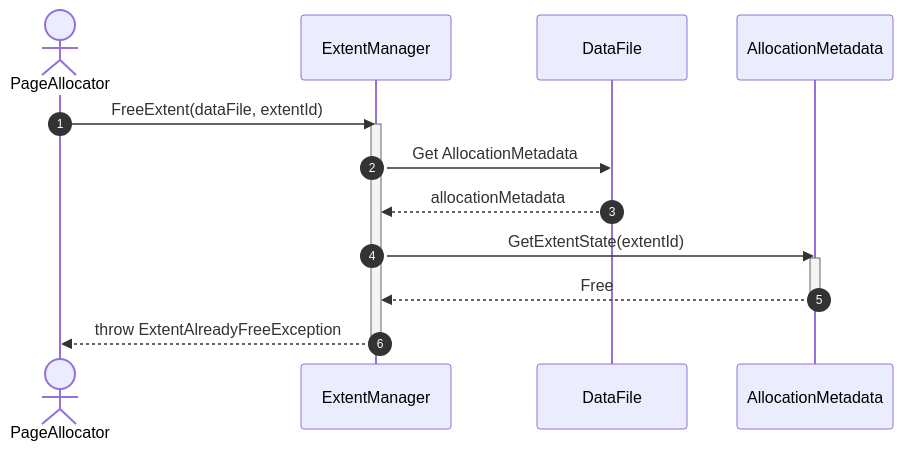
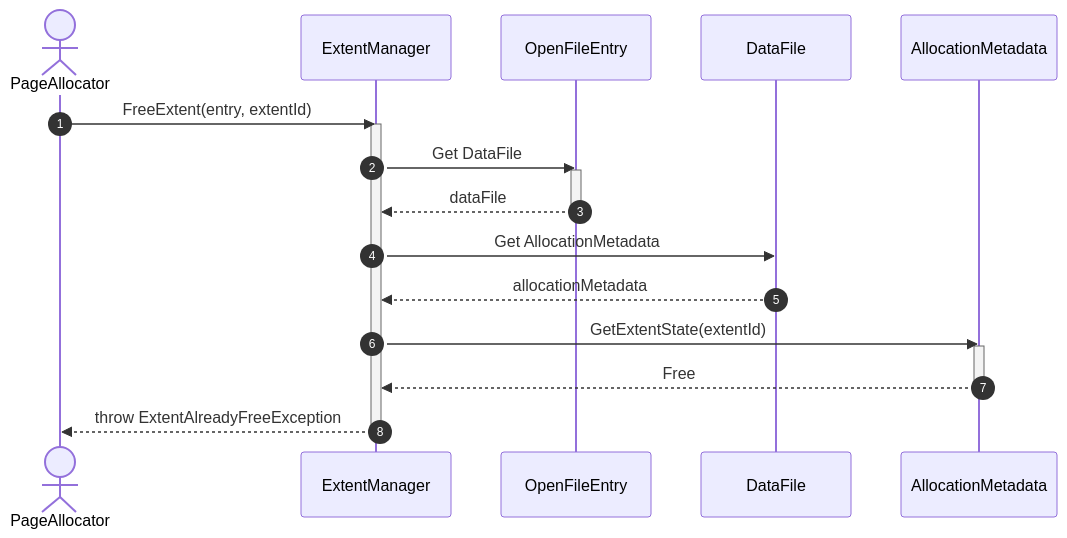
The second of 5 diagrams in docs/diagrams/sequence-diagrams/storage-engine/file-management/extent-management/free-extent.md (manaxpow/DBMS), drawn with Mermaid before and after one commit. The commit also changed other lines of this file and 98 other files, not shown here.

````diff
--- a/docs/diagrams/sequence-diagrams/storage-engine/file-management/extent-management/free-extent.md
+++ b/docs/diagrams/sequence-diagrams/storage-engine/file-management/extent-management/free-extent.md
@@ -74,23 +75,29 @@
 ```mermaid
 sequenceDiagram
     autonumber
 
     actor PA as PageAllocator
     participant EM as ExtentManager
+    participant OE as OpenFileEntry
     participant DF as DataFile
     participant AM as AllocationMetadata
 
-    PA->>EM: FreeExtent(dataFile, extentId)
+    PA->>EM: FreeExtent(entry, extentId)
     activate EM
+
+    EM->>OE: Get DataFile
+    activate OE
+    OE-->>EM: dataFile
+    deactivate OE
 
     EM->>DF: Get AllocationMetadata
     DF-->>EM: allocationMetadata
 
     EM->>AM: GetExtentState(extentId)
     activate AM
     AM-->>EM: Free
     deactivate AM
 
     EM-->>PA: throw ExtentAlreadyFreeException
     deactivate EM
 ```
````
